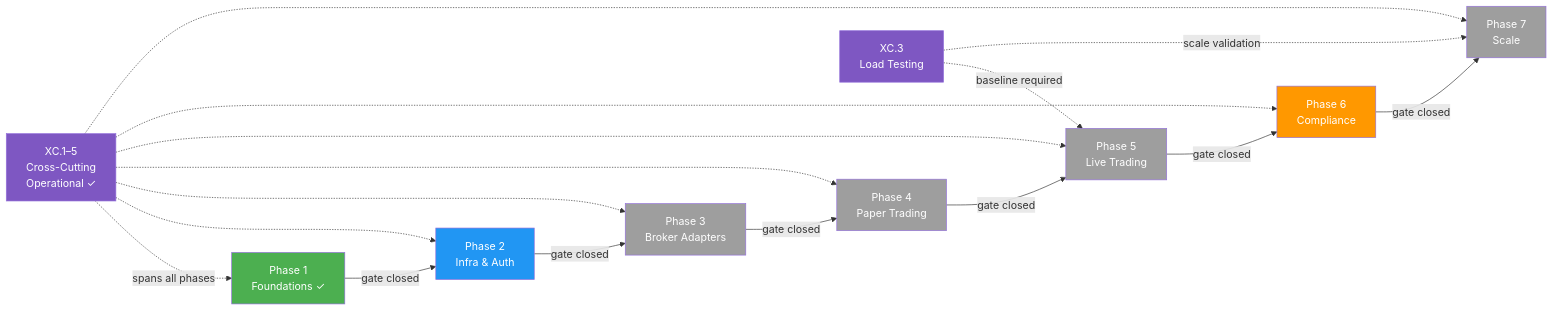
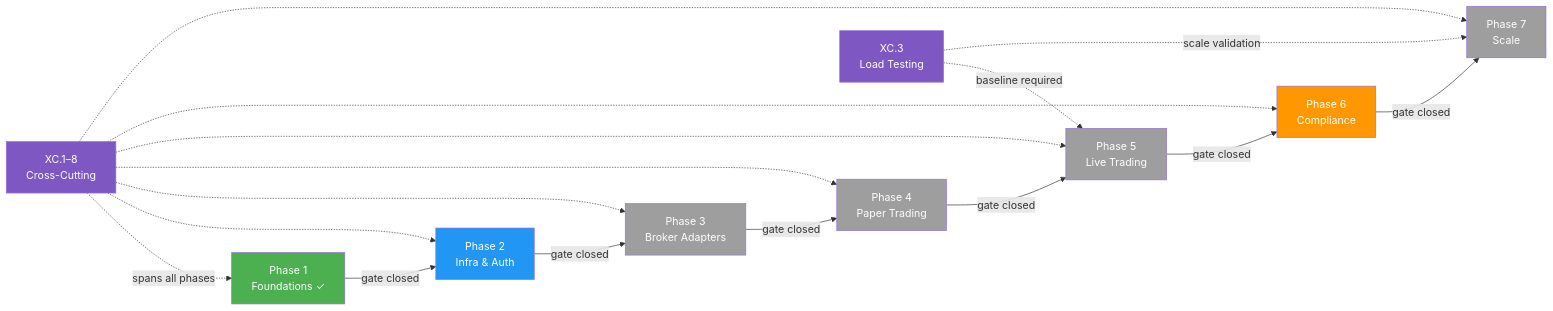
The second of 2 diagrams in STRATEGY.md (SevFle/nexus-trade-engine), drawn with Mermaid before and after one commit. The commit also changed other lines of this file, not shown here.

````diff
--- a/STRATEGY.md
+++ b/STRATEGY.md
@@ -59,30 +75,30 @@
 ```mermaid
 flowchart LR
     P1["Phase 1<br/>Foundations ✓"] -->|gate closed| P2["Phase 2<br/>Infra & Auth"]
     P2 -->|gate closed| P3["Phase 3<br/>Broker Adapters"]
     P3 -->|gate closed| P4["Phase 4<br/>Paper Trading"]
     P4 -->|gate closed| P5["Phase 5<br/>Live Trading"]
     P5 -->|gate closed| P6["Phase 6<br/>Compliance"]
     P6 -->|gate closed| P7["Phase 7<br/>Scale"]
 
-    XC["XC.1–5<br/>Cross-Cutting<br/>Operational ✓"] -.->|spans all phases| P1
+    XC["XC.1–8<br/>Cross-Cutting"] -.->|spans all phases| P1
     XC -.-> P2
     XC -.-> P3
     XC -.-> P4
     XC -.-> P5
     XC -.-> P6
     XC -.-> P7
 
     LT["XC.3<br/>Load Testing"] -.->|baseline required| P5
     LT -.->|scale validation| P7
 
     style P1 fill:#4caf50,color:#fff
     style P2 fill:#2196f3,color:#fff
     style P3 fill:#9e9e9e,color:#fff
     style P4 fill:#9e9e9e,color:#fff
     style P5 fill:#9e9e9e,color:#fff
     style P6 fill:#ff9800,color:#fff
     style P7 fill:#9e9e9e,color:#fff
     style XC fill:#7e57c2,color:#fff
     style LT fill:#7e57c2,color:#fff
 ```
````
